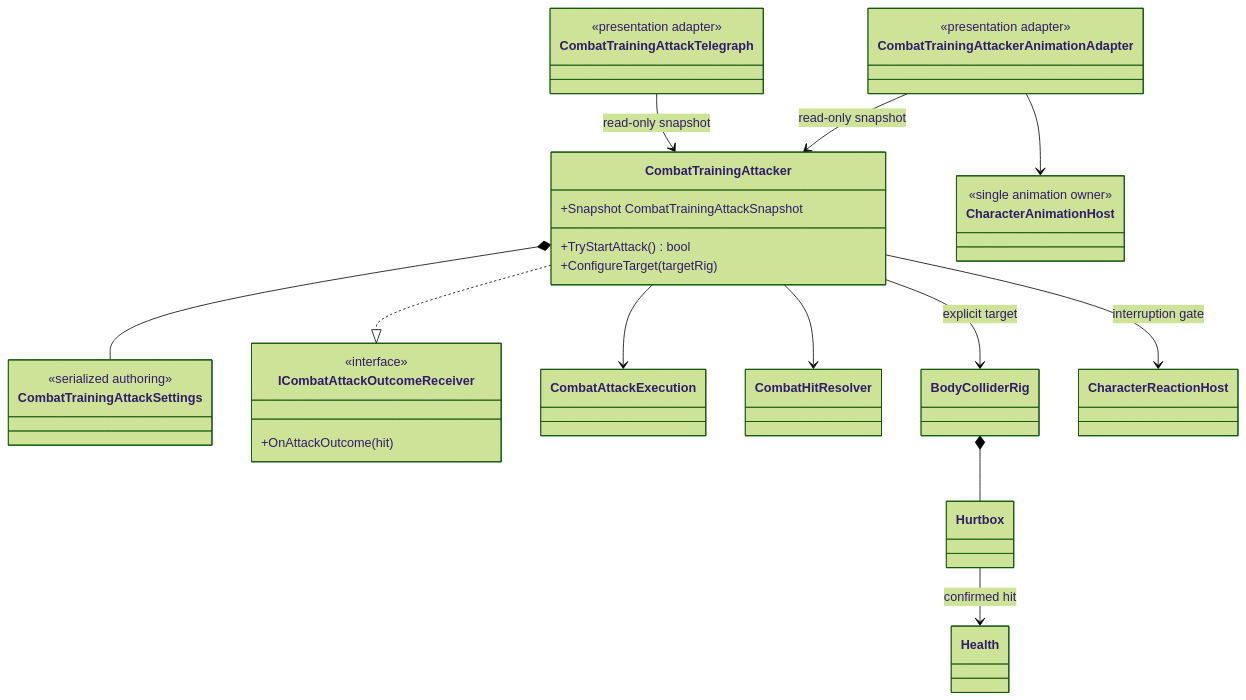
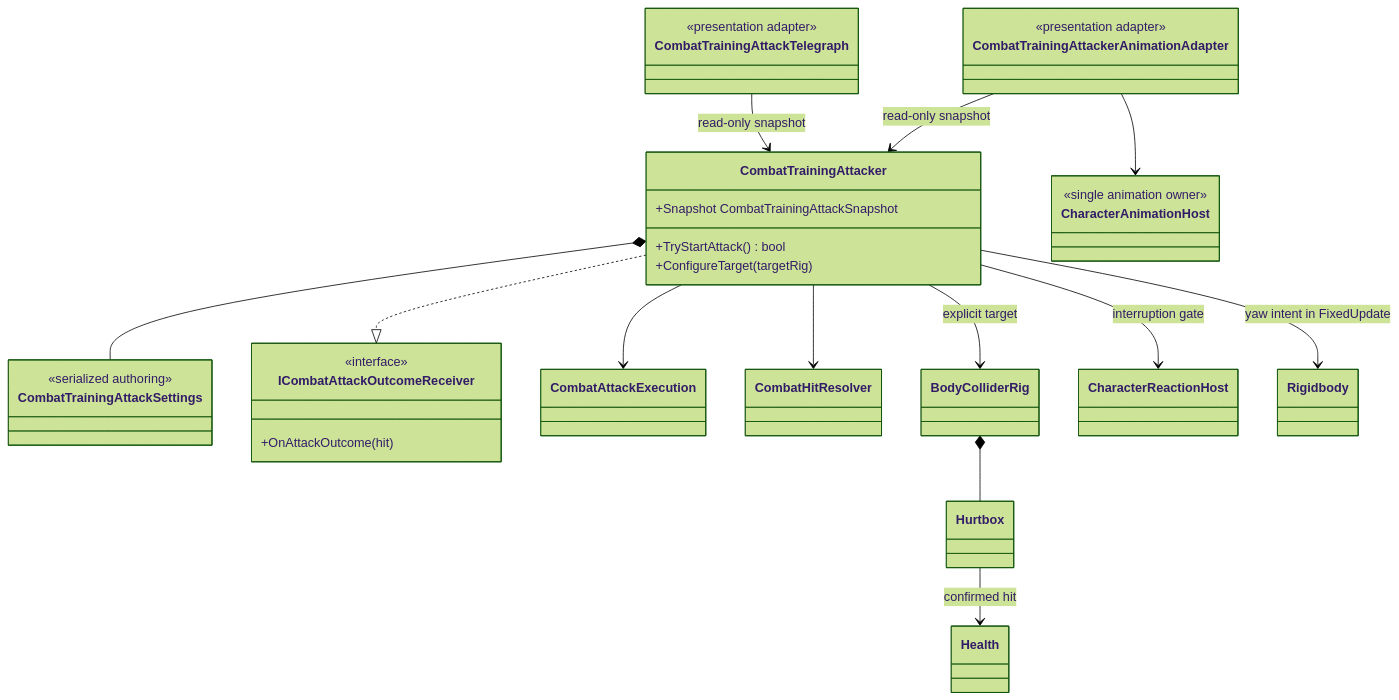
One commit to MaximFonariuc/project-s changed the diagram in Assets/_App/Core/Runtime/Enemies/Training/README.md. Above: the diagram before and after it, drawn with Mermaid (forest theme). The commit also changed other lines of this file and 4 other files, not shown here.

Commit message:
fix(combat): align training hits with facing

````diff
--- a/Assets/_App/Core/Runtime/Enemies/Training/README.md
+++ b/Assets/_App/Core/Runtime/Enemies/Training/README.md
@@ -6,42 +6,44 @@
 ```mermaid
 classDiagram
     class CombatTrainingAttacker {
         +TryStartAttack() bool
         +ConfigureTarget(targetRig)
         +Snapshot CombatTrainingAttackSnapshot
     }
     class CombatTrainingAttackSettings {
         <<serialized authoring>>
     }
     class CombatTrainingAttackTelegraph {
         <<presentation adapter>>
     }
     class CombatTrainingAttackerAnimationAdapter {
         <<presentation adapter>>
     }
     class CharacterAnimationHost {
         <<single animation owner>>
     }
     class ICombatAttackOutcomeReceiver {
         <<interface>>
         +OnAttackOutcome(hit)
     }
     class CombatAttackExecution
     class CombatHitResolver
     class BodyColliderRig
     class Hurtbox
     class Health
     class CharacterReactionHost
+    class Rigidbody
 
     CombatTrainingAttacker *-- CombatTrainingAttackSettings
     CombatTrainingAttacker --> CombatAttackExecution
     CombatTrainingAttacker ..|> ICombatAttackOutcomeReceiver
     CombatTrainingAttacker --> CombatHitResolver
     CombatTrainingAttacker --> BodyColliderRig : explicit target
     BodyColliderRig *-- Hurtbox
     Hurtbox --> Health : confirmed hit
     CombatTrainingAttacker --> CharacterReactionHost : interruption gate
+    CombatTrainingAttacker --> Rigidbody : yaw intent in FixedUpdate
     CombatTrainingAttackTelegraph --> CombatTrainingAttacker : read-only snapshot
     CombatTrainingAttackerAnimationAdapter --> CombatTrainingAttacker : read-only snapshot
     CombatTrainingAttackerAnimationAdapter --> CharacterAnimationHost
 ```
````
